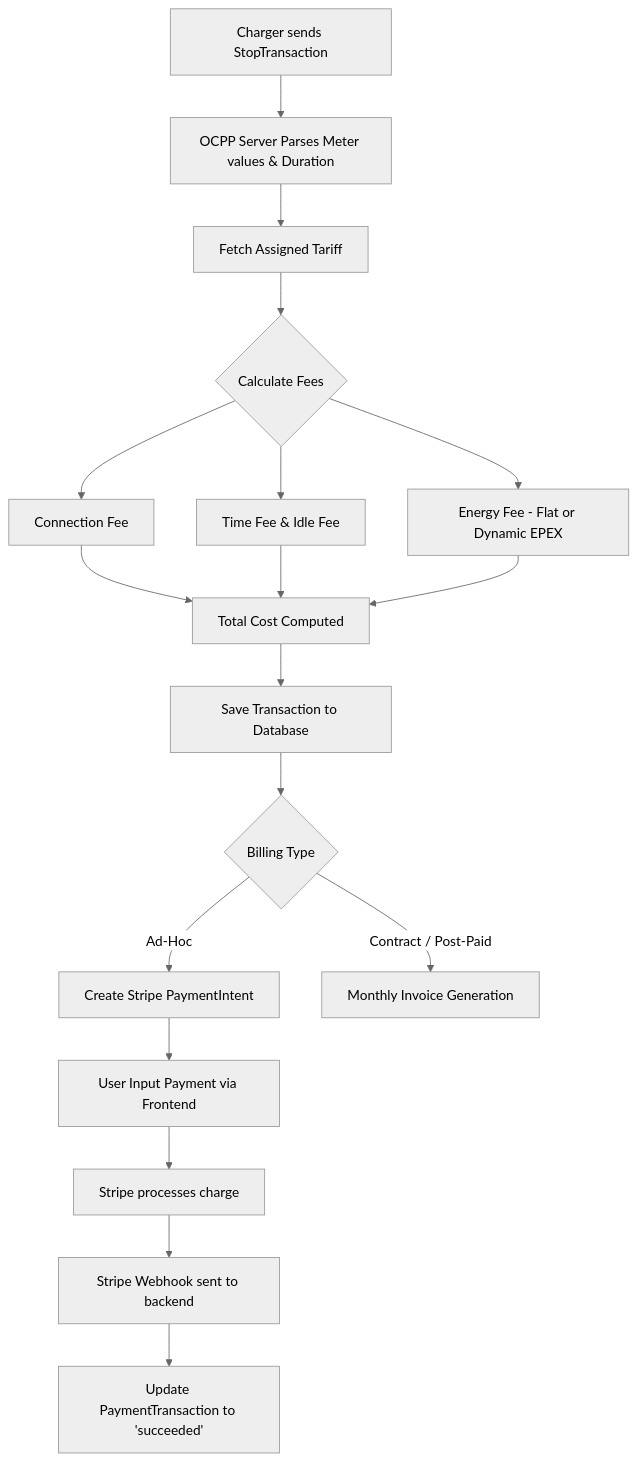
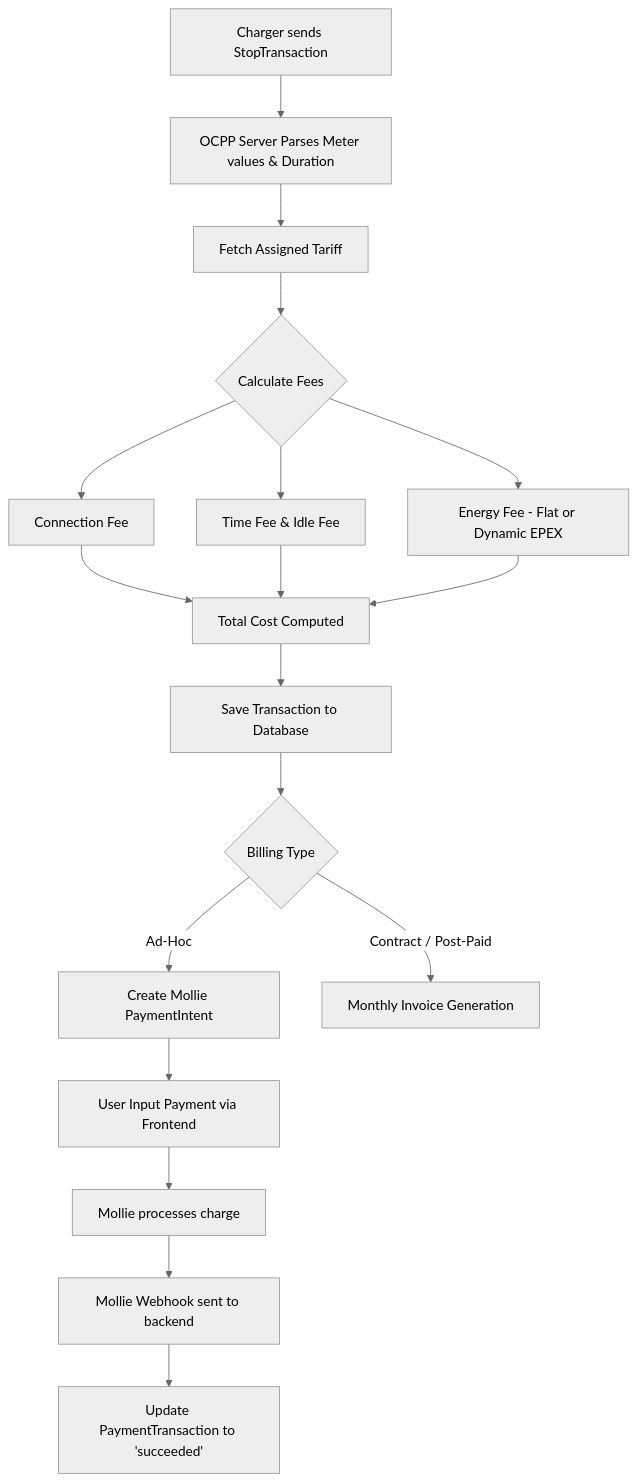
Before and after one commit to webdotpulse/OCPP-CPMS: the diagram in Manual/financial_roaming_manual.md, drawn with Mermaid (neutral theme). The commit also changed other lines of this file and 7 other files, not shown here.

Commit message:
Replace stripe with mollie and add language support to mail templates

````diff
--- a/Manual/financial_roaming_manual.md
+++ b/Manual/financial_roaming_manual.md
@@ -11,18 +11,18 @@
 ```mermaid
 graph TD
     A[Charger sends StopTransaction] --> B[OCPP Server Parses Meter values & Duration]
     B --> C[Fetch Assigned Tariff]
     C --> D{Calculate Fees}
     D --> E[Connection Fee]
     D --> F[Time Fee & Idle Fee]
     D --> H[Energy Fee - Flat or Dynamic EPEX]
     E & F & H --> I[Total Cost Computed]
     I --> J[Save Transaction to Database]
     J --> K{Billing Type}
-    K -- Ad-Hoc --> L[Create Stripe PaymentIntent]
+    K -- Ad-Hoc --> L[Create Mollie PaymentIntent]
     L --> M[User Input Payment via Frontend]
-    M --> N[Stripe processes charge]
-    N --> O[Stripe Webhook sent to backend]
+    M --> N[Mollie processes charge]
+    N --> O[Mollie Webhook sent to backend]
     O --> P[Update PaymentTransaction to 'succeeded']
     K -- Contract / Post-Paid --> Q[Monthly Invoice Generation]
 ```
````
